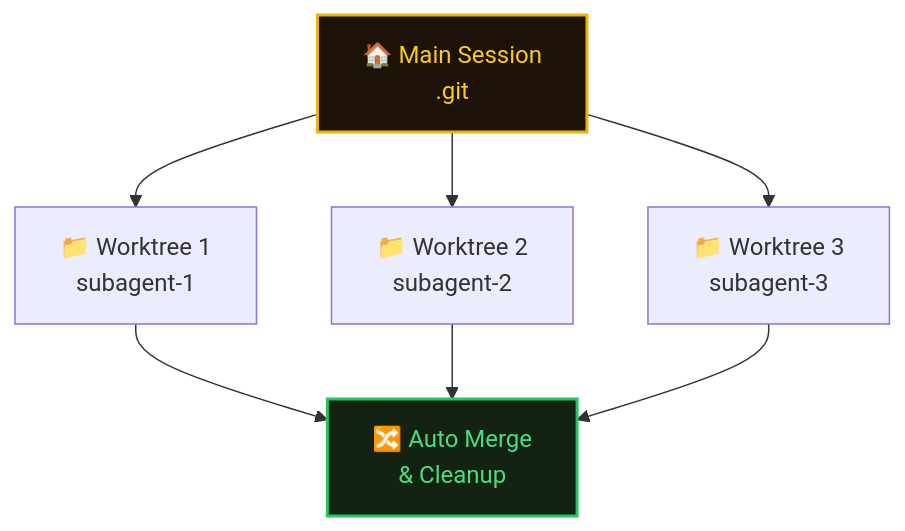
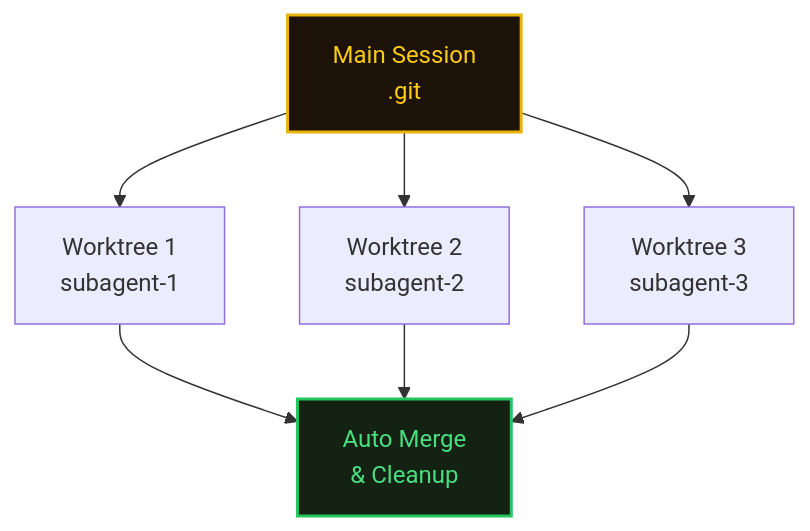
The fifth of 7 diagrams in 06-What-are-Subagents.md (alperhankendi/claude-code-mastery), drawn with Mermaid before and after one commit. The commit also changed other lines of this file, not shown here.

````diff
--- a/06-What-are-Subagents.md
+++ b/06-What-are-Subagents.md
@@ -304,12 +302,12 @@
 ```mermaid
 graph TD
-    MAIN["🏠 Main Session<br/>.git"] --> WT1["📁 Worktree 1<br/>subagent-1"]
-    MAIN --> WT2["📁 Worktree 2<br/>subagent-2"]
-    MAIN --> WT3["📁 Worktree 3<br/>subagent-3"]
-    WT1 --> MERGE["🔀 Auto Merge<br/>& Cleanup"]
+    MAIN["Main Session<br/>.git"] --> WT1["Worktree 1<br/>subagent-1"]
+    MAIN --> WT2["Worktree 2<br/>subagent-2"]
+    MAIN --> WT3["Worktree 3<br/>subagent-3"]
+    WT1 --> MERGE["Auto Merge<br/>& Cleanup"]
     WT2 --> MERGE
     WT3 --> MERGE
 
     style MAIN fill:#1c1208,stroke:#eab308,stroke-width:2px,color:#facc15
     style MERGE fill:#132213,stroke:#22c55e,stroke-width:2px,color:#4ade80
 ```
````
